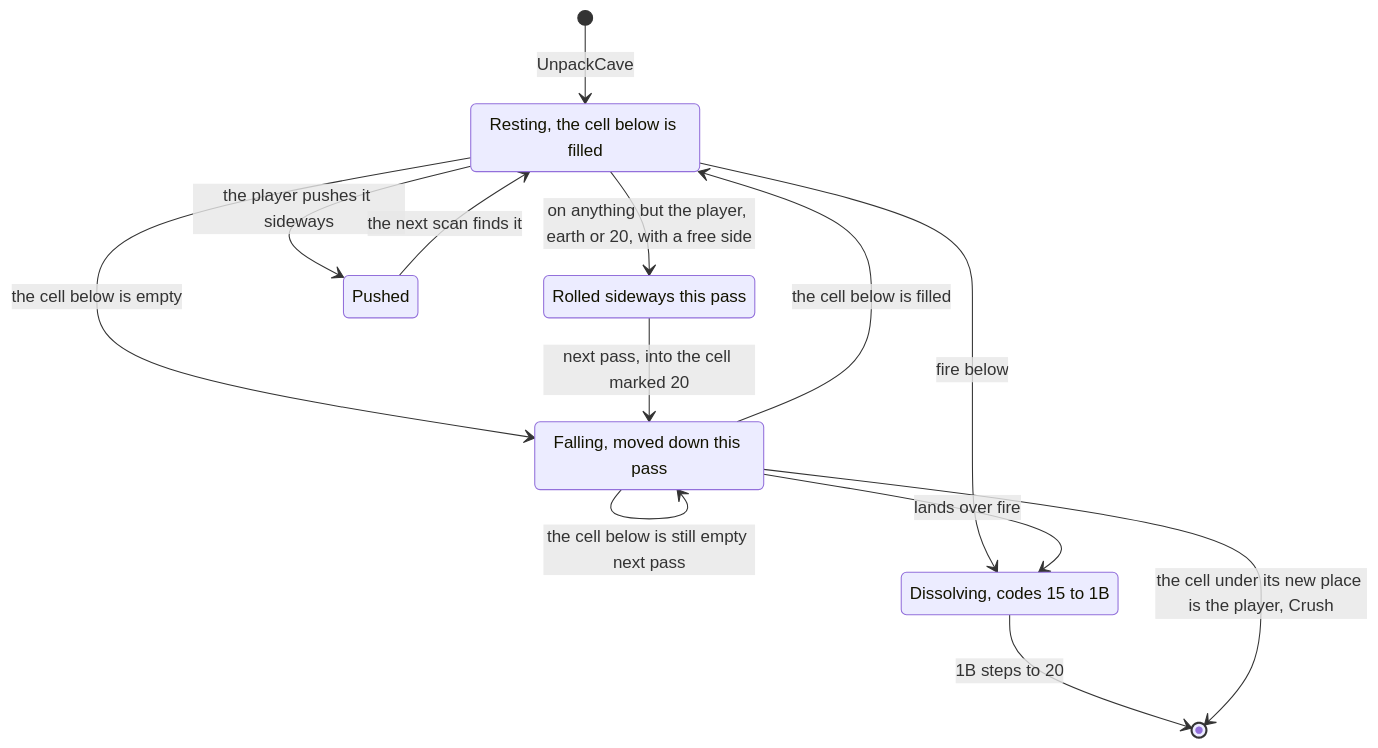
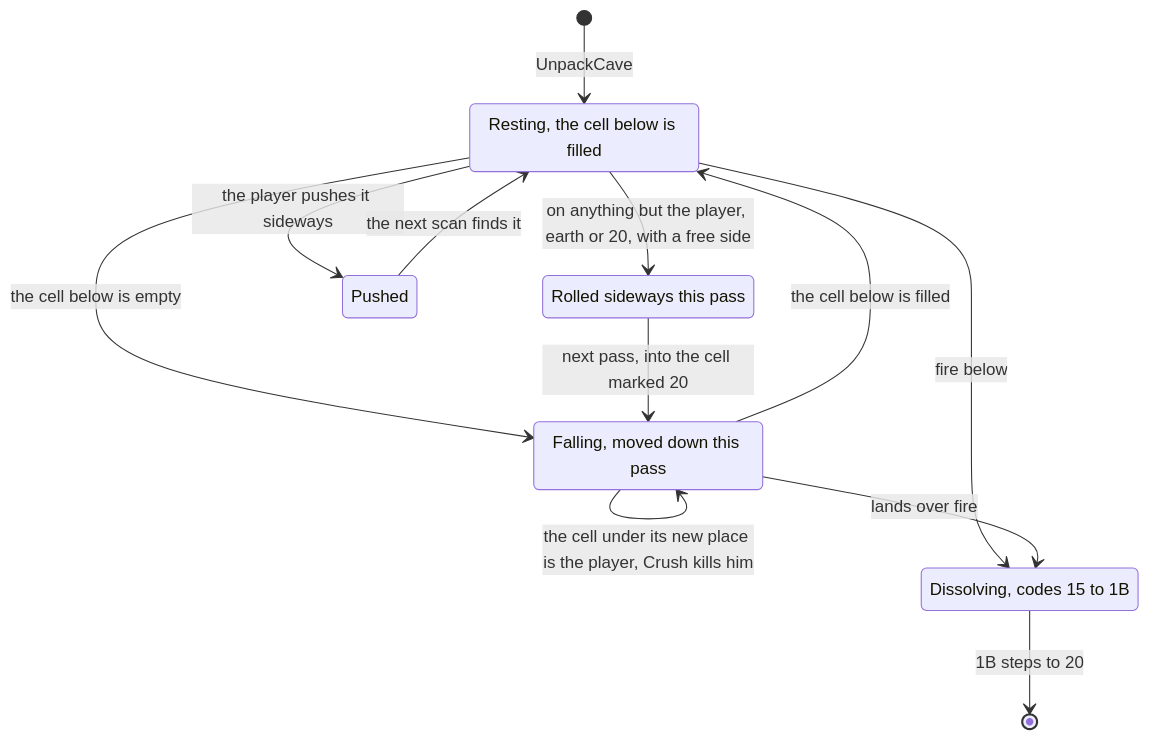
One commit to alfishe/unrealng-reverse-cases changed the fifth of 8 diagrams in games/earth-shaker/docs/07-objects.md. Above: the diagram before and after it, drawn with Mermaid. The commit also changed other lines of this file and 52 other files, not shown here.

Commit message:
Earth Shaker: review round 1 fixes (jelly bean, stack depth, menu flow, DigInPlace sound, teleport-599 bug, witness counts recounted, bright quarters)

````diff
--- a/games/earth-shaker/docs/07-objects.md
+++ b/games/earth-shaker/docs/07-objects.md
@@ -533,19 +544,19 @@
 ```mermaid
 stateDiagram-v2
     Resting: Resting, the cell below is filled
     Falling: Falling, moved down this pass
     Rolling: Rolled sideways this pass
     Dissolving: Dissolving, codes 15 to 1B
     [*] --> Resting: UnpackCave
     Resting --> Falling: the cell below is empty
     Falling --> Falling: the cell below is still empty next pass
     Falling --> Resting: the cell below is filled
     Resting --> Rolling: on anything but the player, earth or 20, with a free side
     Rolling --> Falling: next pass, into the cell marked 20
     Resting --> Dissolving: fire below
     Falling --> Dissolving: lands over fire
     Dissolving --> [*]: 1B steps to 20
-    Falling --> [*]: the cell under its new place is the player, Crush
+    Falling --> Falling: the cell under its new place is the player, Crush kills him
     Resting --> Pushed: the player pushes it sideways
     Pushed --> Resting: the next scan finds it
 ```
````
